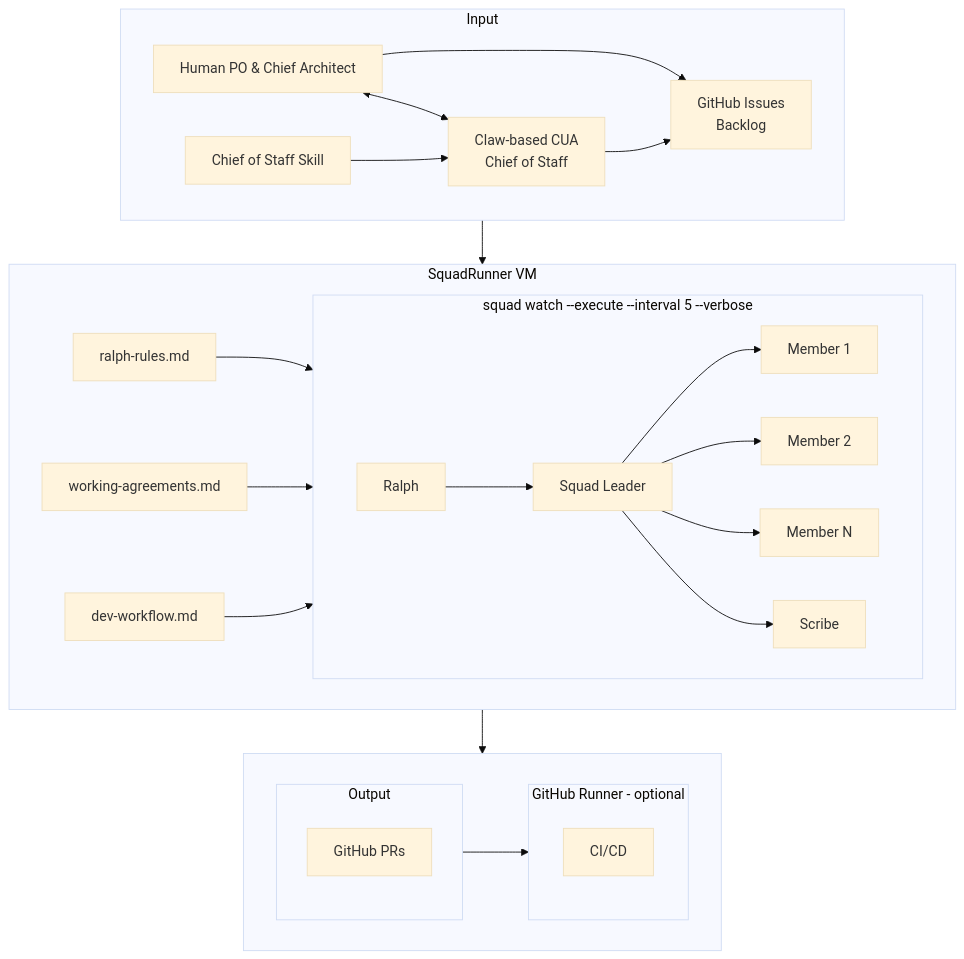
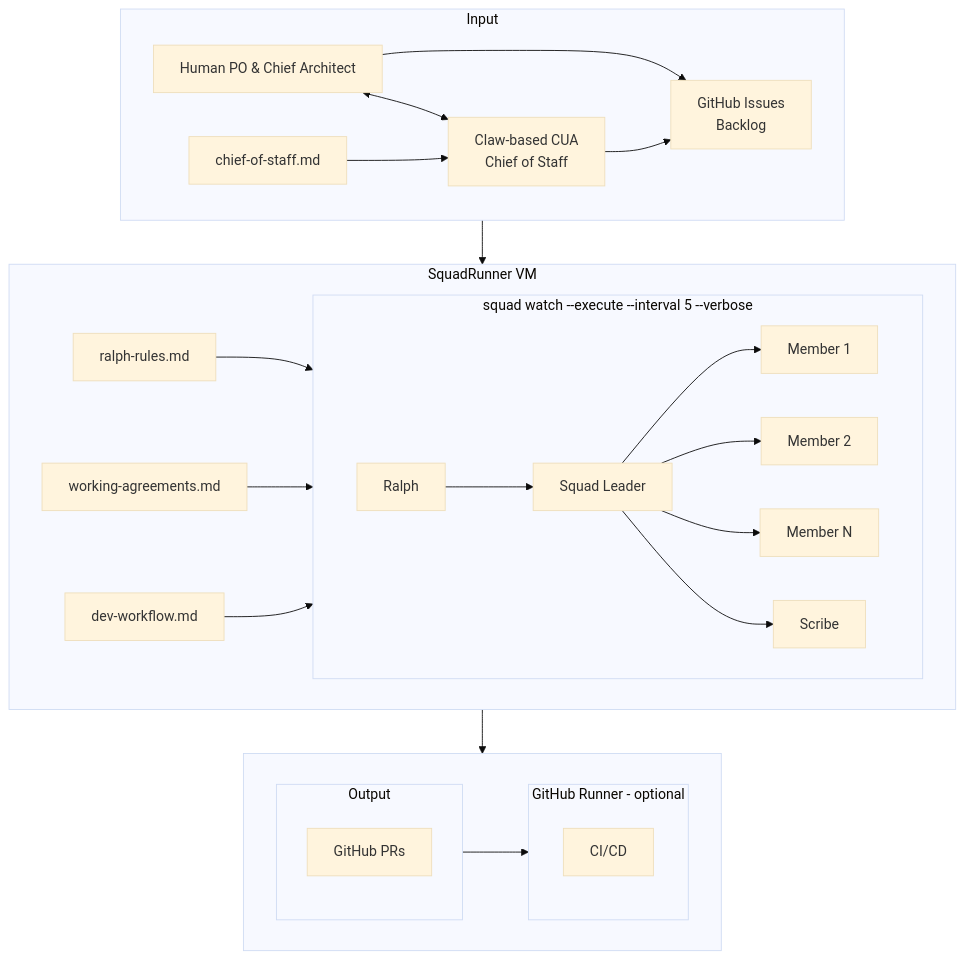
One commit to TheeUnderdog/SquadRunner changed the diagram in README.md. Above: the diagram before and after it, drawn with Mermaid (base theme). The commit also changed other lines of this file, not shown here.

Commit message:
Use filename chief-of-staff.md in diagram

````diff
--- a/README.md
+++ b/README.md
@@ -9,43 +9,43 @@
 ```mermaid
 flowchart TD
     subgraph Input
         H[Human PO & Chief Architect]
-        COS[Chief of Staff Skill]
+        COS[chief-of-staff.md]
         CUA[Claw-based CUA<br/>Chief of Staff]
         GH[GitHub Issues<br/>Backlog]
         
         H <--> CUA
         COS --> CUA
         H --> GH
         CUA --> GH
     end
     
     Input --> VM
     
     subgraph VM[SquadRunner VM]
         RR[ralph-rules.md] --> SW
         WA[working-agreements.md] --> SW
         DW[dev-workflow.md] --> SW
         subgraph SW[squad watch --execute --interval 5 --verbose]
             direction LR
             R[Ralph] --> SL[Squad Leader]
             SL --> M1[Member 1]
             SL --> M2[Member 2]
             SL --> MN[Member N]
             SL --> SC[Scribe]
         end
     end
     
     VM --> Bottom
     
     subgraph Bottom[ ]
         direction LR
         subgraph Output
             PR[GitHub PRs]
         end
         Output --> Runner
         subgraph Runner[GitHub Runner - optional]
             CI[CI/CD]
         end
     end
 ```
````
